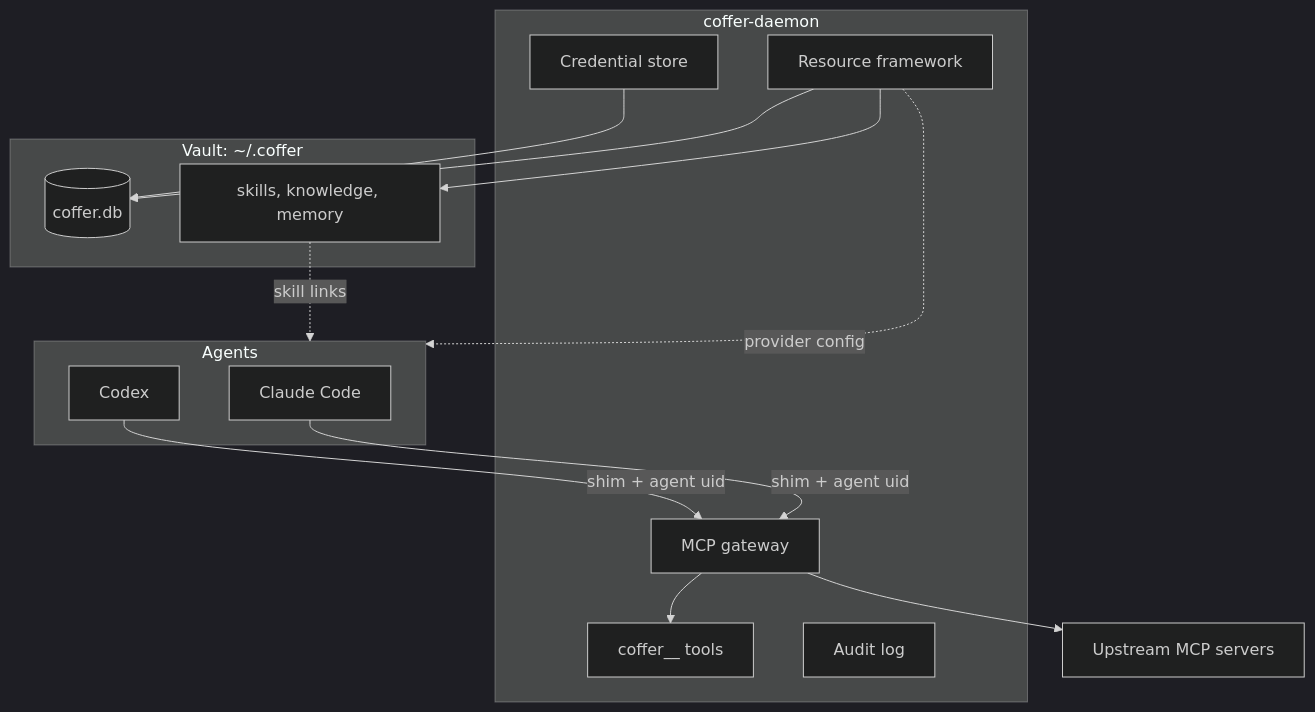
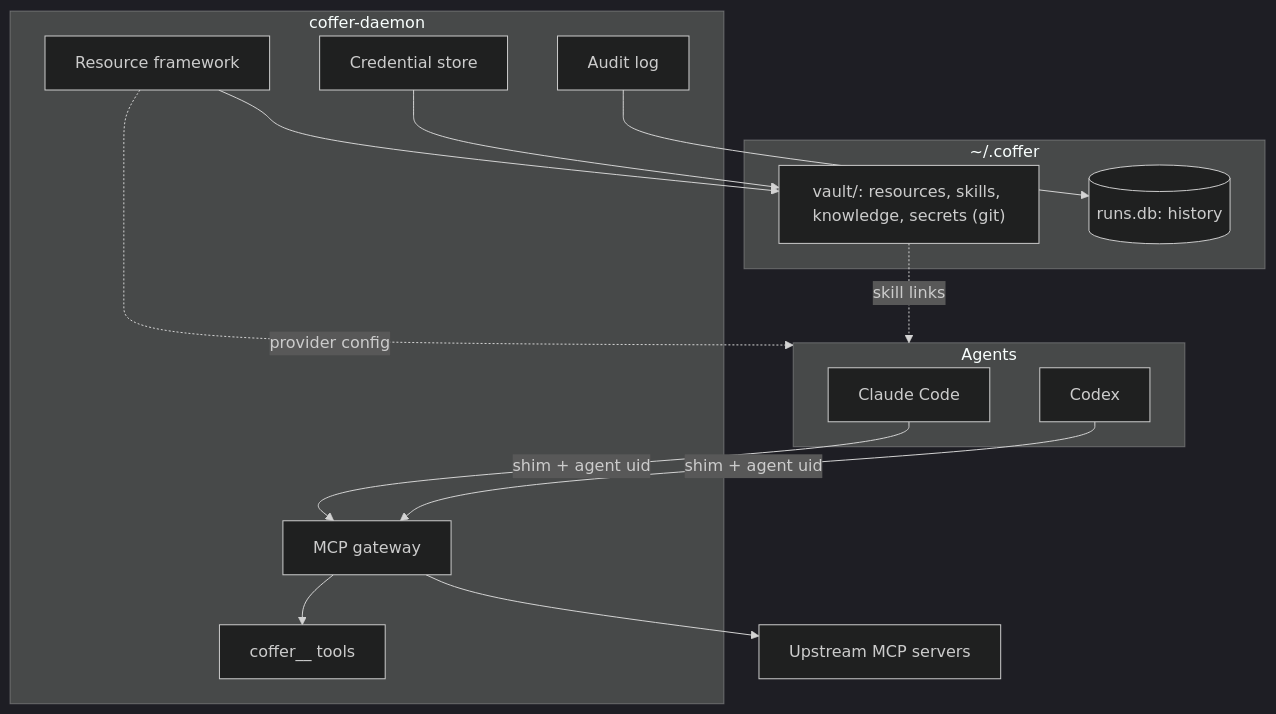
One commit to wyx-sg/Coffer changed the diagram in docs-site/start/concepts.md. Above: the diagram before and after it, drawn with Mermaid (dark theme). The commit also changed other lines of this file and 88 other files, not shown here.

````diff
--- a/docs-site/start/concepts.md
+++ b/docs-site/start/concepts.md
@@ -12,27 +12,27 @@
 ```mermaid
 flowchart TB
   subgraph agents["Agents"]
     CC["Claude Code"]
     CX["Codex"]
   end
   subgraph daemon["coffer-daemon"]
     GW["MCP gateway"]
     BT["coffer__ tools"]
     RF["Resource framework"]
     CR["Credential store"]
     AU["Audit log"]
   end
-  subgraph vault["Vault: ~/.coffer"]
-    DB[("coffer.db")]
-    FILES["skills, knowledge, memory"]
+  subgraph vault["~/.coffer"]
+    FILES["vault/: resources, skills, knowledge, secrets (git)"]
+    DB[("runs.db: history")]
   end
   CC -->|"shim + agent uid"| GW
   CX -->|"shim + agent uid"| GW
   GW --> BT
   GW --> UP["Upstream MCP servers"]
-  RF --> DB
   RF --> FILES
-  CR --> DB
+  AU --> DB
+  CR --> FILES
   FILES -.->|"skill links"| agents
   RF -.->|"provider config"| agents
 ```
````
